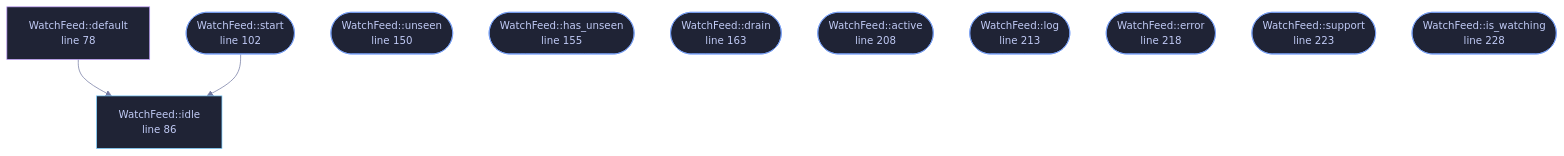
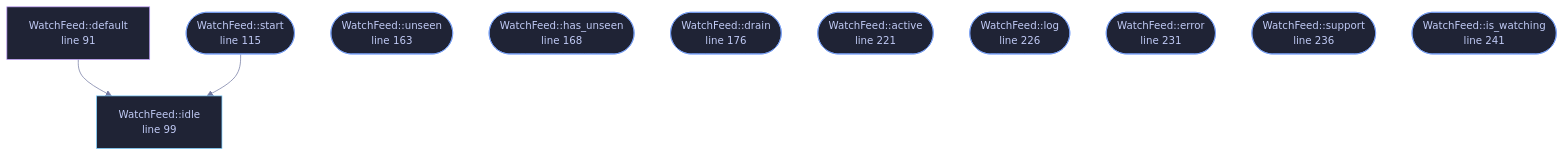
Before and after one commit to tilas01/veilvoice: the diagram in wiki/File-veilvoice-gui-watchfeed.md, drawn with Mermaid. The commit also changed other lines of this file and 487 other files, not shown here.

````diff
--- a/wiki/File-veilvoice-gui-watchfeed.md
+++ b/wiki/File-veilvoice-gui-watchfeed.md
@@ -88,34 +102,34 @@
 ```mermaid
 %%{init: {"theme":"base","themeVariables":{"background":"#1a1b26","primaryColor":"#1f2335","primaryTextColor":"#c0caf5","primaryBorderColor":"#7aa2f7","secondaryColor":"#16161e","tertiaryColor":"#16161e","lineColor":"#737aa2","textColor":"#c0caf5","mainBkg":"#1f2335","nodeBorder":"#7aa2f7","clusterBkg":"#16161e","clusterBorder":"#2f3549","fontFamily":"ui-monospace, SFMono-Regular, Consolas, monospace","fontSize":"14px"}}}%%
 flowchart TD
-    n_default["WatchFeed::default<br/>line 78"]
-    n_idle["WatchFeed::idle<br/>line 86"]
-    n_start(["WatchFeed::start<br/>line 102"])
-    n_unseen(["WatchFeed::unseen<br/>line 150"])
-    n_has_unseen(["WatchFeed::has_unseen<br/>line 155"])
-    n_drain(["WatchFeed::drain<br/>line 163"])
-    n_active(["WatchFeed::active<br/>line 208"])
-    n_log(["WatchFeed::log<br/>line 213"])
-    n_error(["WatchFeed::error<br/>line 218"])
-    n_support(["WatchFeed::support<br/>line 223"])
-    n_is_watching(["WatchFeed::is_watching<br/>line 228"])
+    n_default["WatchFeed::default<br/>line 91"]
+    n_idle["WatchFeed::idle<br/>line 99"]
+    n_start(["WatchFeed::start<br/>line 115"])
+    n_unseen(["WatchFeed::unseen<br/>line 163"])
+    n_has_unseen(["WatchFeed::has_unseen<br/>line 168"])
+    n_drain(["WatchFeed::drain<br/>line 176"])
+    n_active(["WatchFeed::active<br/>line 221"])
+    n_log(["WatchFeed::log<br/>line 226"])
+    n_error(["WatchFeed::error<br/>line 231"])
+    n_support(["WatchFeed::support<br/>line 236"])
+    n_is_watching(["WatchFeed::is_watching<br/>line 241"])
     n_default --> n_idle
     n_start --> n_idle
-    click n_default href "https://github.com/tilas01/veilvoice/blob/main/crates/veilvoice-gui/src/watchfeed.rs#L78" "open the source"
-    click n_idle href "https://github.com/tilas01/veilvoice/blob/main/crates/veilvoice-gui/src/watchfeed.rs#L86" "open the source"
-    click n_start href "https://github.com/tilas01/veilvoice/blob/main/crates/veilvoice-gui/src/watchfeed.rs#L102" "open the source"
-    click n_unseen href "https://github.com/tilas01/veilvoice/blob/main/crates/veilvoice-gui/src/watchfeed.rs#L150" "open the source"
-    click n_has_unseen href "https://github.com/tilas01/veilvoice/blob/main/crates/veilvoice-gui/src/watchfeed.rs#L155" "open the source"
-    click n_drain href "https://github.com/tilas01/veilvoice/blob/main/crates/veilvoice-gui/src/watchfeed.rs#L163" "open the source"
-    click n_active href "https://github.com/tilas01/veilvoice/blob/main/crates/veilvoice-gui/src/watchfeed.rs#L208" "open the source"
-    click n_log href "https://github.com/tilas01/veilvoice/blob/main/crates/veilvoice-gui/src/watchfeed.rs#L213" "open the source"
-    click n_error href "https://github.com/tilas01/veilvoice/blob/main/crates/veilvoice-gui/src/watchfeed.rs#L218" "open the source"
-    click n_support href "https://github.com/tilas01/veilvoice/blob/main/crates/veilvoice-gui/src/watchfeed.rs#L223" "open the source"
-    click n_is_watching href "https://github.com/tilas01/veilvoice/blob/main/crates/veilvoice-gui/src/watchfeed.rs#L228" "open the source"
+    click n_default href "https://github.com/tilas01/veilvoice/blob/main/crates/veilvoice-gui/src/watchfeed.rs#L91" "open the source"
+    click n_idle href "https://github.com/tilas01/veilvoice/blob/main/crates/veilvoice-gui/src/watchfeed.rs#L99" "open the source"
+    click n_start href "https://github.com/tilas01/veilvoice/blob/main/crates/veilvoice-gui/src/watchfeed.rs#L115" "open the source"
+    click n_unseen href "https://github.com/tilas01/veilvoice/blob/main/crates/veilvoice-gui/src/watchfeed.rs#L163" "open the source"
+    click n_has_unseen href "https://github.com/tilas01/veilvoice/blob/main/crates/veilvoice-gui/src/watchfeed.rs#L168" "open the source"
+    click n_drain href "https://github.com/tilas01/veilvoice/blob/main/crates/veilvoice-gui/src/watchfeed.rs#L176" "open the source"
+    click n_active href "https://github.com/tilas01/veilvoice/blob/main/crates/veilvoice-gui/src/watchfeed.rs#L221" "open the source"
+    click n_log href "https://github.com/tilas01/veilvoice/blob/main/crates/veilvoice-gui/src/watchfeed.rs#L226" "open the source"
+    click n_error href "https://github.com/tilas01/veilvoice/blob/main/crates/veilvoice-gui/src/watchfeed.rs#L231" "open the source"
+    click n_support href "https://github.com/tilas01/veilvoice/blob/main/crates/veilvoice-gui/src/watchfeed.rs#L236" "open the source"
+    click n_is_watching href "https://github.com/tilas01/veilvoice/blob/main/crates/veilvoice-gui/src/watchfeed.rs#L241" "open the source"
     classDef entry fill:#1f2335,stroke:#7aa2f7,color:#c0caf5
     class n_start,n_unseen,n_has_unseen,n_drain,n_active,n_log,n_error,n_support,n_is_watching entry
     classDef api fill:#1f2335,stroke:#7dcfff,color:#c0caf5
     class n_idle api
     classDef helper fill:#1f2335,stroke:#bb9af7,color:#c0caf5
     class n_default helper
 ```
````
